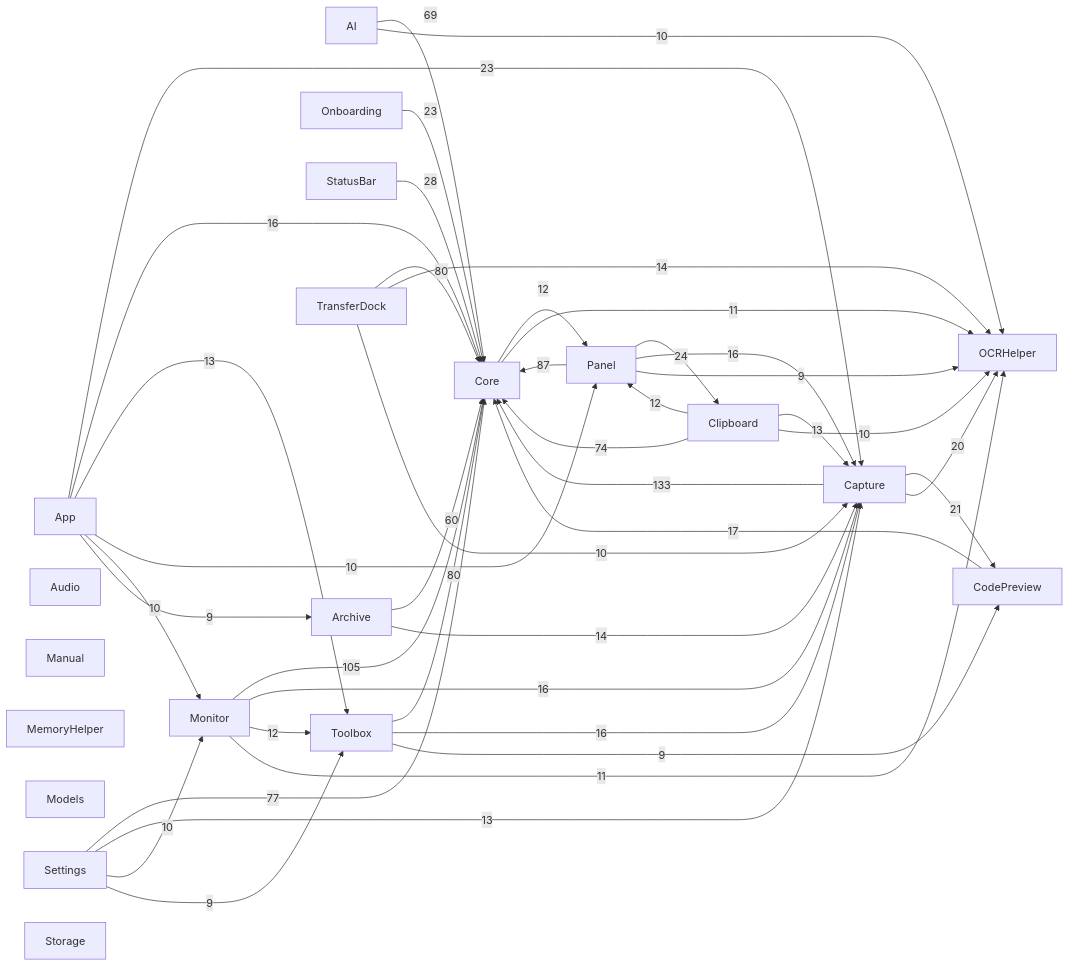
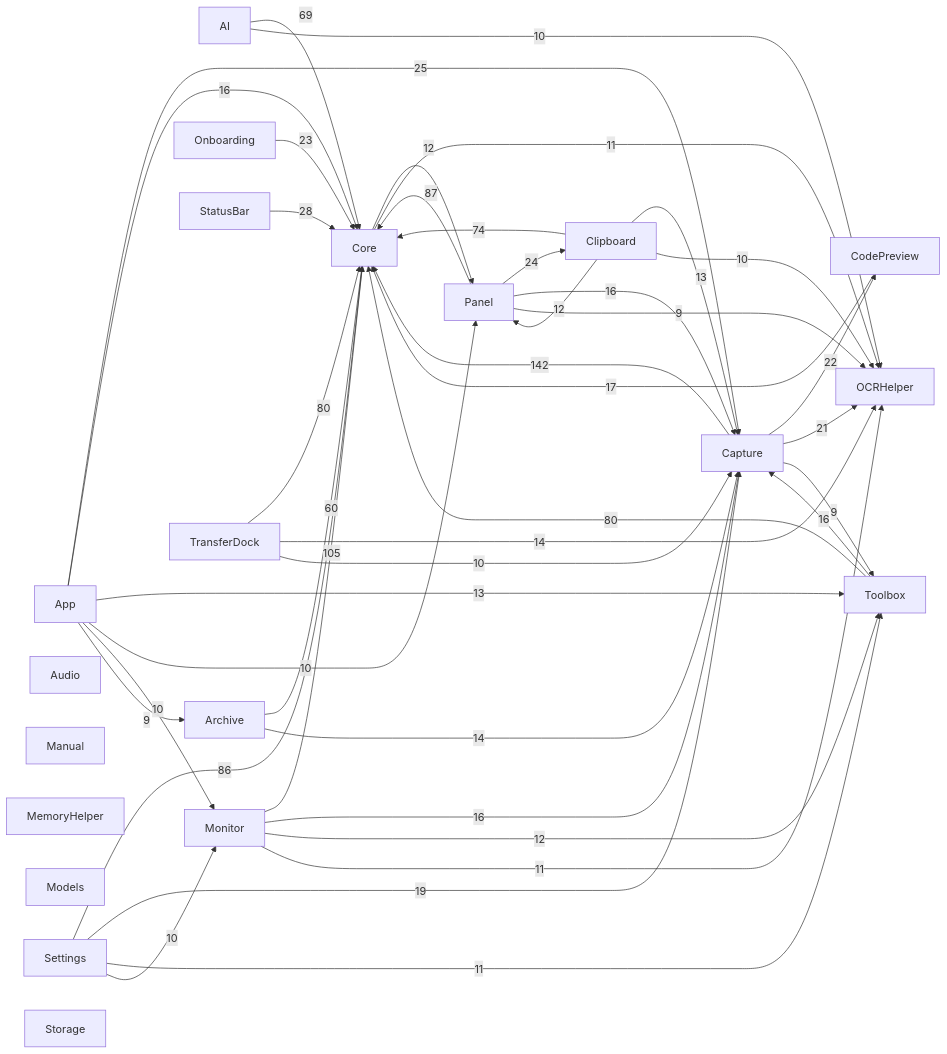
Before and after one commit to sxyq/Kitnest: the diagram in docs/00-总览/模块依赖图.md, drawn with Mermaid. The commit also changed other lines of this file and 27 other files, not shown here.

````diff
--- a/docs/00-总览/模块依赖图.md
+++ b/docs/00-总览/模块依赖图.md
@@ -34,63 +34,63 @@
 ```mermaid
 flowchart LR
   M0["AI"]
   M1["App"]
   M2["Archive"]
   M3["Audio"]
   M4["Capture"]
   M5["Clipboard"]
   M6["CodePreview"]
   M7["Core"]
   M8["Manual"]
   M9["MemoryHelper"]
   M10["Models"]
   M11["Monitor"]
   M12["OCRHelper"]
   M13["Onboarding"]
   M14["Panel"]
   M15["Settings"]
   M16["StatusBar"]
   M17["Storage"]
   M18["Toolbox"]
   M19["TransferDock"]
-  M4 -->|133| M7
+  M4 -->|142| M7
   M11 -->|105| M7
   M14 -->|87| M7
+  M15 -->|86| M7
   M18 -->|80| M7
   M19 -->|80| M7
-  M15 -->|77| M7
   M5 -->|74| M7
   M0 -->|69| M7
   M2 -->|60| M7
   M16 -->|28| M7
+  M1 -->|25| M4
   M14 -->|24| M5
-  M1 -->|23| M4
   M13 -->|23| M7
-  M4 -->|21| M6
-  M4 -->|20| M12
+  M4 -->|22| M6
+  M4 -->|21| M12
+  M15 -->|19| M4
   M6 -->|17| M7
   M1 -->|16| M7
   M11 -->|16| M4
   M14 -->|16| M4
   M18 -->|16| M4
   M2 -->|14| M4
   M19 -->|14| M12
   M1 -->|13| M18
-  M15 -->|13| M4
   M5 -->|13| M4
   M7 -->|12| M14
   M11 -->|12| M18
   M5 -->|12| M14
   M7 -->|11| M12
+  M15 -->|11| M18
   M11 -->|11| M12
   M1 -->|10| M14
   M1 -->|10| M11
   M15 -->|10| M11
   M0 -->|10| M12
   M19 -->|10| M4
   M5 -->|10| M12
   M1 -->|9| M2
-  M15 -->|9| M18
+  M4 -->|9| M18
   M14 -->|9| M12
-  M18 -->|9| M6
 ```
````
